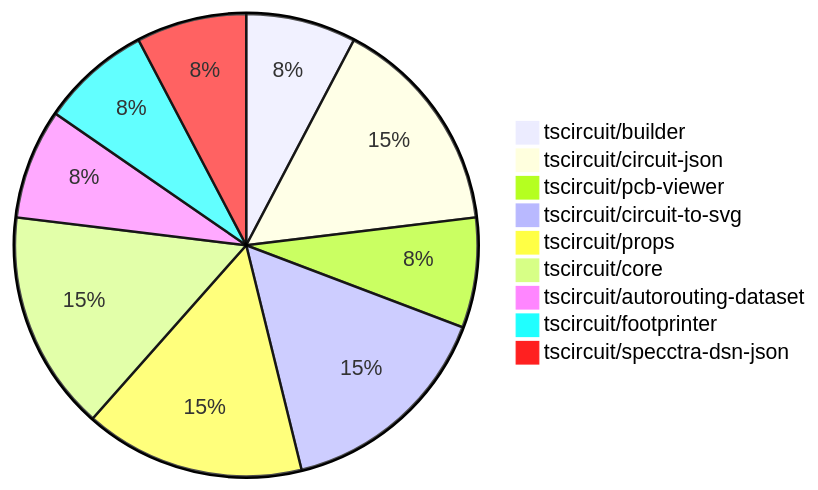
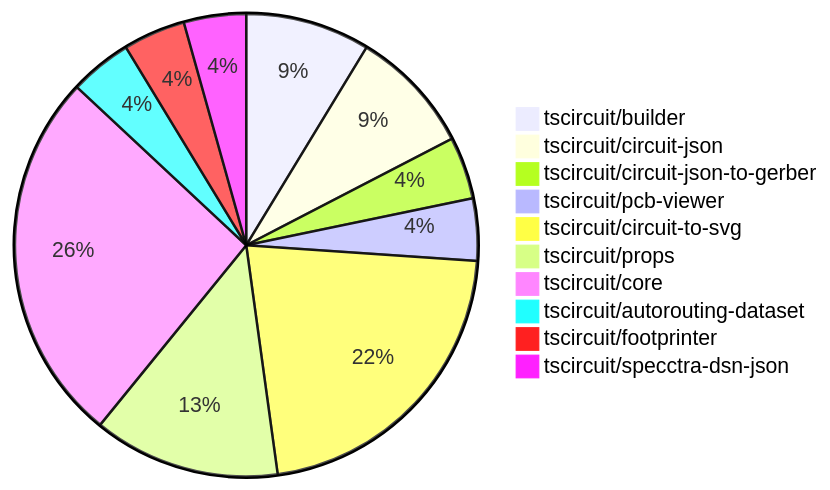
One commit to tscircuit/contribution-tracker changed the diagram in contribution-overviews/2024-08-31.md. Above: the diagram before and after it, drawn with Mermaid. The commit also changed other lines of this file and 1 other file, not shown here.

````diff
--- a/contribution-overviews/2024-08-31.md
+++ b/contribution-overviews/2024-08-31.md
@@ -5,12 +5,13 @@
 ```mermaid
 pie
-    "tscircuit/builder" : 1
+    "tscircuit/builder" : 2
     "tscircuit/circuit-json" : 2
+    "tscircuit/circuit-json-to-gerber" : 1
     "tscircuit/pcb-viewer" : 1
-    "tscircuit/circuit-to-svg" : 2
-    "tscircuit/props" : 2
-    "tscircuit/core" : 2
+    "tscircuit/circuit-to-svg" : 5
+    "tscircuit/props" : 3
+    "tscircuit/core" : 6
     "tscircuit/autorouting-dataset" : 1
     "tscircuit/footprinter" : 1
     "tscircuit/specctra-dsn-json" : 1
 ```
````
